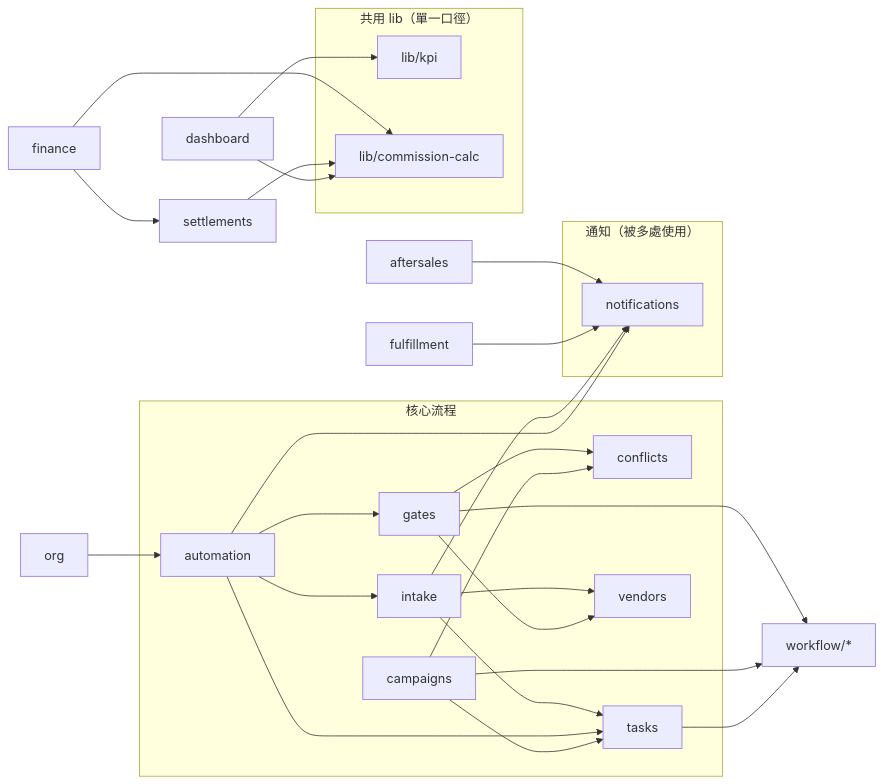
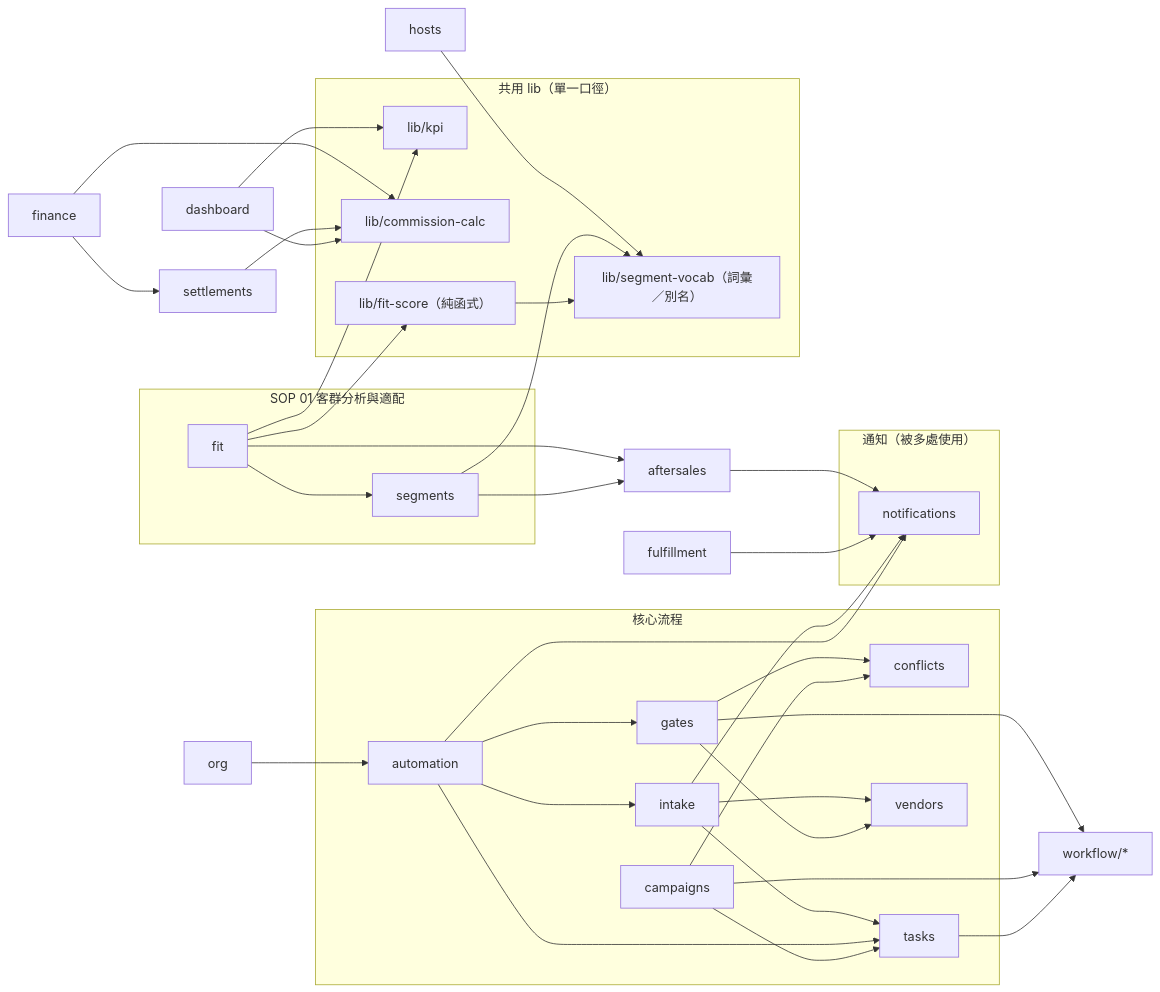
The third of 9 diagrams in docs/spec/SAD.md (ws19135/group-buying-operations), drawn with Mermaid before and after one commit. The commit also changed other lines of this file and 73 other files, not shown here.

````diff
--- a/docs/spec/SAD.md
+++ b/docs/spec/SAD.md
@@ -161,34 +163,48 @@
 ```mermaid
 flowchart LR
   subgraph Core["核心流程"]
     campaigns --> conflicts
     campaigns --> tasks
     gates --> conflicts
     gates --> vendors
     automation --> gates
     automation --> tasks
     automation --> intake
     intake --> vendors
     intake --> tasks
   end
   subgraph Notify["通知（被多處使用）"]
     notifications
   end
   automation --> notifications
   intake --> notifications
   fulfillment --> notifications
   aftersales --> notifications
   finance --> settlements
   org --> automation
   subgraph Shared["共用 lib（單一口徑）"]
     kpi["lib/kpi"]
     cc["lib/commission-calc"]
+    fs["lib/fit-score（純函式）"]
+    sv["lib/segment-vocab（詞彙／別名）"]
   end
+  subgraph SOP01["SOP 01 客群分析與適配"]
+    segments
+    fit
+  end
+  fit --> fs
+  fit --> kpi
+  fit --> segments
+  fs --> sv
+  segments --> sv
+  segments --> aftersales
+  fit --> aftersales
+  hosts --> sv
   dashboard --> kpi
   dashboard --> cc
   settlements --> cc
   finance --> cc
   tasks --> wf["workflow/*"]
   campaigns --> wf
   gates --> wf
 ```
````
